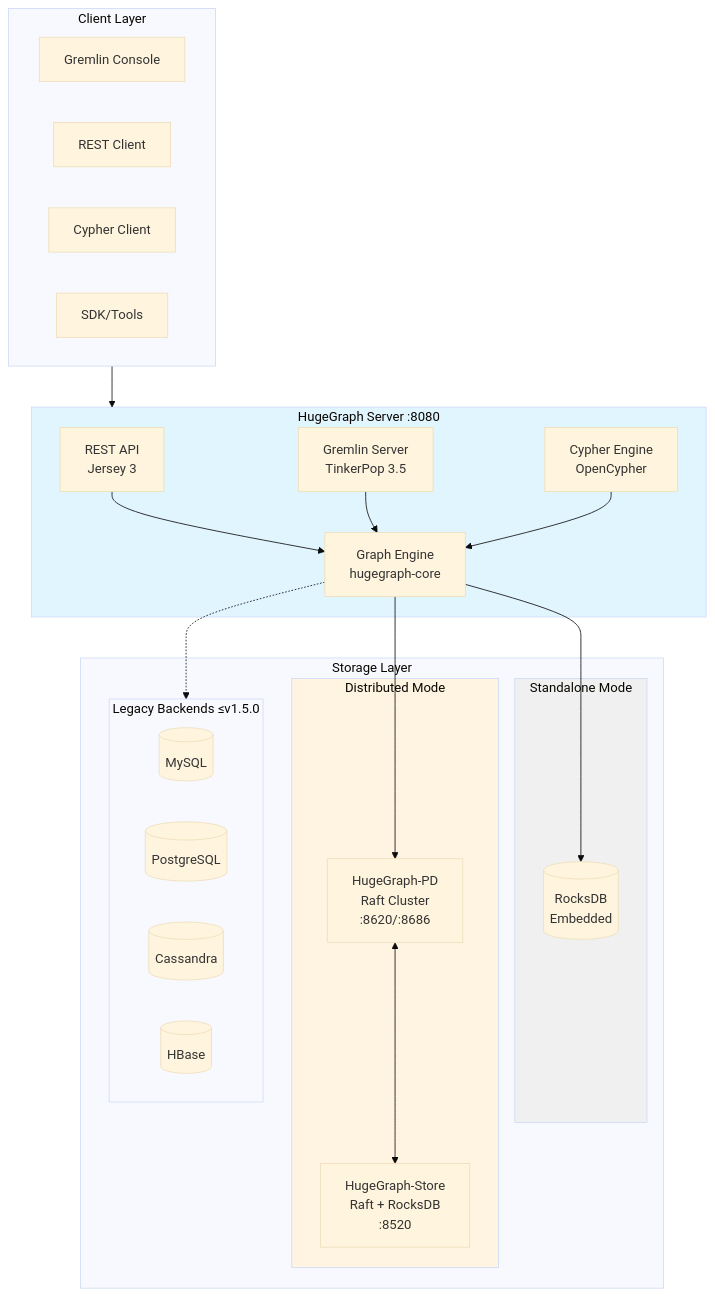
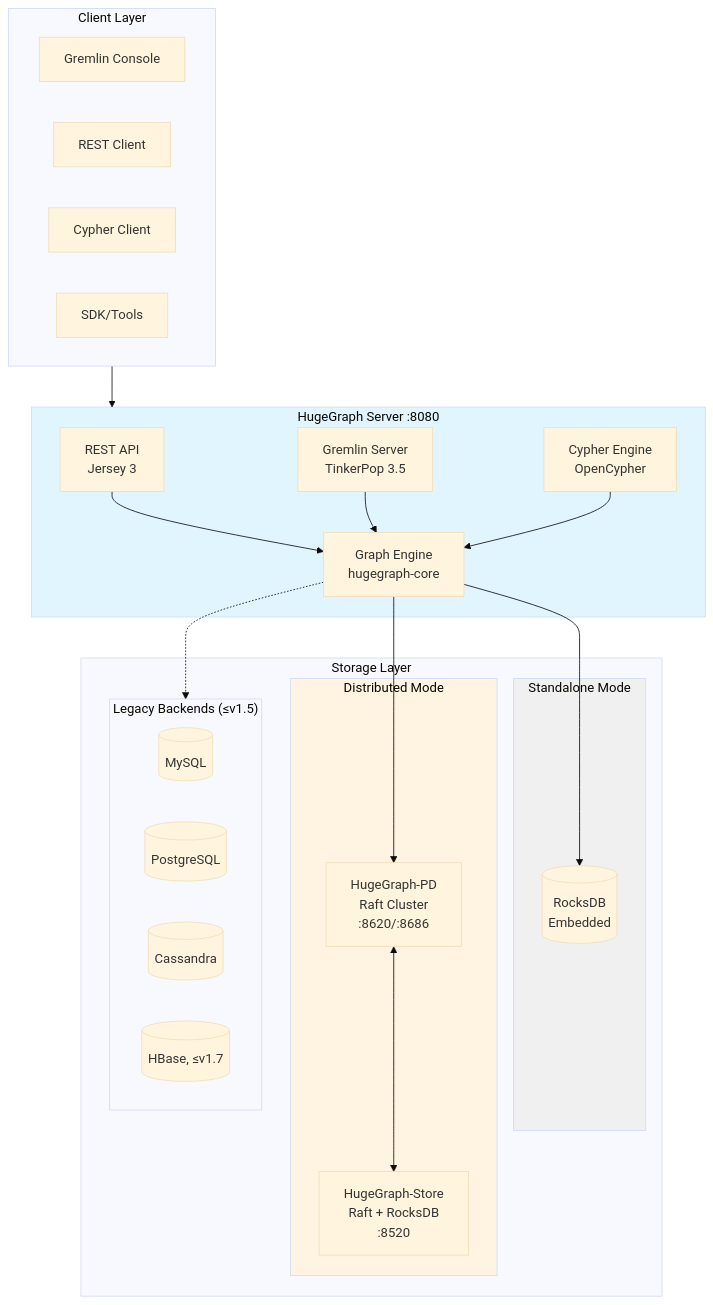
One commit to apache/incubator-hugegraph changed the diagram in README.md. Above: the diagram before and after it, drawn with Mermaid (base theme). The commit also changed other lines of this file, not shown here.

````diff
--- a/README.md
+++ b/README.md
@@ -124,48 +121,48 @@
 ```mermaid
 flowchart TB
     subgraph Clients["Client Layer"]
         GC[Gremlin Console]
         REST[REST Client]
         CYPHER[Cypher Client]
         SDK[SDK/Tools]
     end
 
     subgraph Server["HugeGraph Server :8080"]
         API[REST API<br/>Jersey 3]
         GS[Gremlin Server<br/>TinkerPop 3.5]
         CS[Cypher Engine<br/>OpenCypher]
         CORE[Graph Engine<br/>hugegraph-core]
 
         API --> CORE
         GS --> CORE
         CS --> CORE
     end
 
     subgraph Storage["Storage Layer"]
         subgraph Standalone["Standalone Mode"]
             ROCKS[(RocksDB<br/>Embedded)]
         end
 
         subgraph Distributed["Distributed Mode"]
             PD[HugeGraph-PD<br/>Raft Cluster<br/>:8620/:8686]
             STORE[HugeGraph-Store<br/>Raft + RocksDB<br/>:8520]
             PD <--> STORE
         end
 
-        subgraph Legacy["Legacy Backends ≤v1.5.0"]
+        subgraph Legacy["Legacy Backends (≤v1.5)"]
             MYSQL[(MySQL)]
             PG[(PostgreSQL)]
             CASS[(Cassandra)]
-            HBASE[(HBase)]
+            HBASE[(HBase, ≤v1.7)]
         end
     end
 
     Clients --> Server
     CORE --> ROCKS
     CORE --> PD
     CORE -.-> Legacy
 
     style Server fill:#e1f5ff
     style Distributed fill:#fff4e1
     style Standalone fill:#f0f0f0
 ```
````
